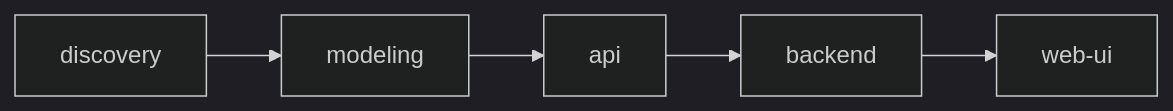
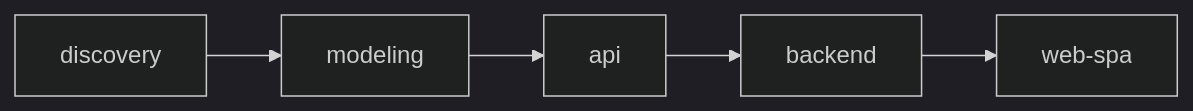
Before and after one commit to DLA-Solutions/school_lab: the diagram in .cursor/skills/core/context-to-tasks/templates.md, drawn with Mermaid (dark theme). The commit also changed other lines of this file and 12 other files, not shown here.

````diff
--- a/.cursor/skills/core/context-to-tasks/templates.md
+++ b/.cursor/skills/core/context-to-tasks/templates.md
@@ -172,7 +172,7 @@
 ```mermaid
 flowchart LR
   T1[discovery] --> T2[modeling]
   T2 --> T3[api]
   T3 --> T4[backend]
-  T4 --> T5[web-ui]
+  T4 --> T5[web-spa]
 ```
````
